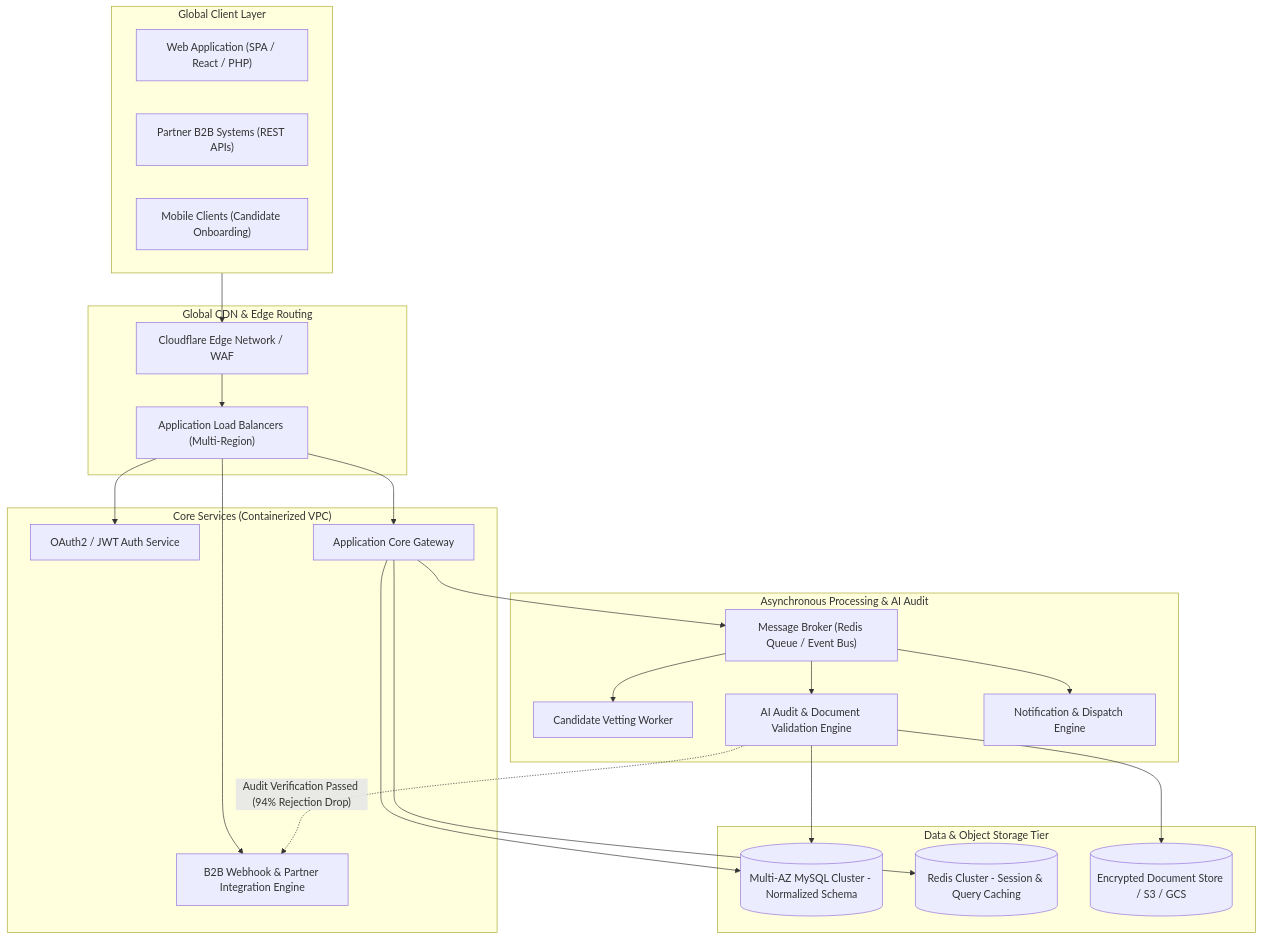
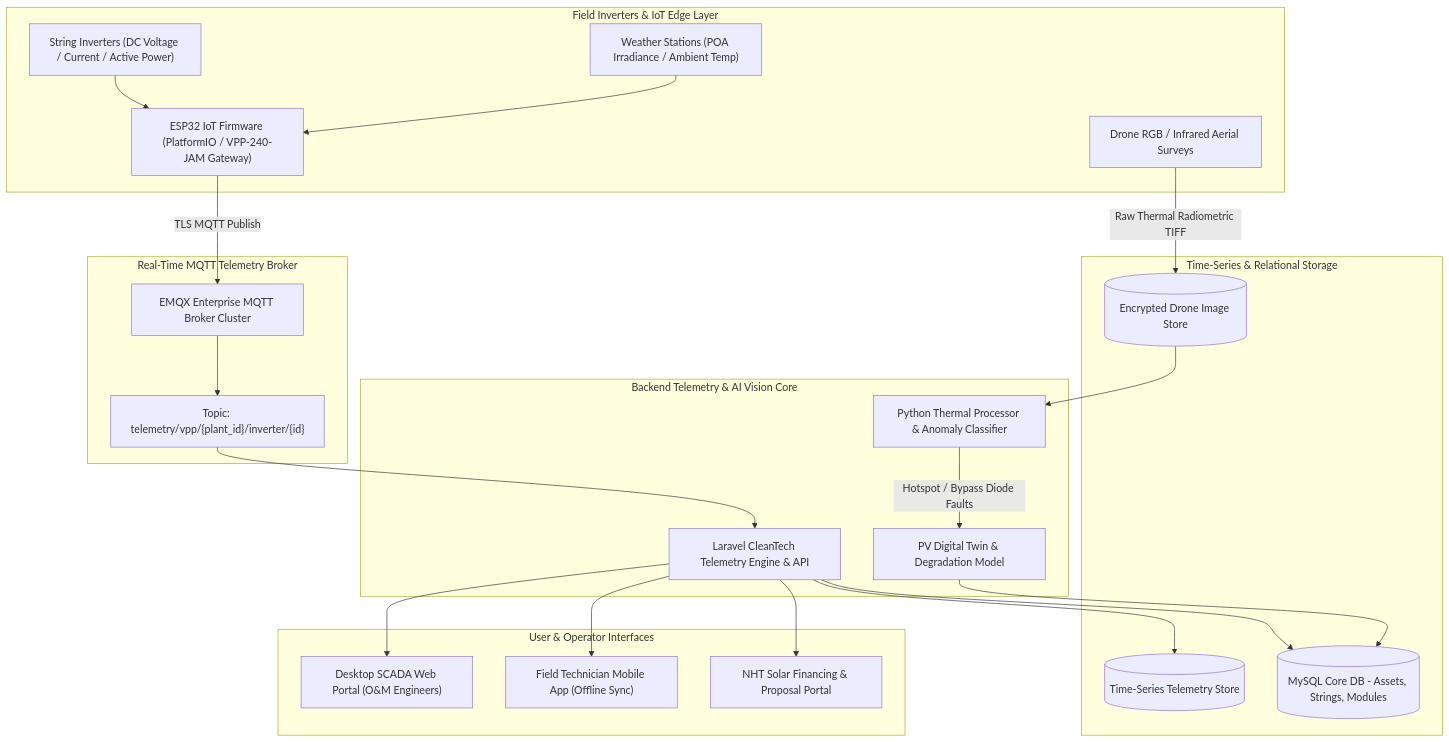
Before and after one commit to norval101/portfolio-demos: the first of 9 diagrams in README.md, drawn with Mermaid. The commit also changed other lines of this file and 22 other files, not shown here.

Commit message:
feat: expand architecture gallery across 9 enterprise systems and add 3 functional sandboxes

````diff
--- a/README.md
+++ b/README.md
@@ -60,50 +77,50 @@
 ```mermaid
 flowchart TD
-    subgraph Clients["Global Client Layer"]
-        A1["Web Application (SPA / React / PHP)"]
-        A2["Partner B2B Systems (REST APIs)"]
-        A3["Mobile Clients (Candidate Onboarding)"]
+    subgraph EdgeSensors["Field Inverters & IoT Edge Layer"]
+        S1["String Inverters (DC Voltage / Current / Active Power)"]
+        S2["Weather Stations (POA Irradiance / Ambient Temp)"]
+        ESP["ESP32 IoT Firmware (PlatformIO / VPP-240-JAM Gateway)"]
+        DRONE["Drone RGB / Infrared Aerial Surveys"]
     end
 
-    subgraph Edge["Global CDN & Edge Routing"]
-        CF["Cloudflare Edge Network / WAF"]
-        ALB["Application Load Balancers (Multi-Region)"]
+    subgraph MessageBroker["Real-Time MQTT Telemetry Broker"]
+        EMQX["EMQX Enterprise MQTT Broker Cluster"]
+        TOPIC["Topic: telemetry/vpp/{plant_id}/inverter/{id}"]
     end
 
-    subgraph AppCluster["Core Services (Containerized VPC)"]
-        SVC_AUTH["OAuth2 / JWT Auth Service"]
-        SVC_APP["Application Core Gateway"]
-        SVC_PARTNER["B2B Webhook & Partner Integration Engine"]
+    subgraph ProcessingCluster["Backend Telemetry & AI Vision Core"]
+        LARAVEL["Laravel CleanTech Telemetry Engine & API"]
+        THERMAL["Python Thermal Processor & Anomaly Classifier"]
+        DIGITAL_TWIN["PV Digital Twin & Degradation Model"]
     end
 
-    subgraph AsyncPipeline["Asynchronous Processing & AI Audit"]
-        Q["Message Broker (Redis Queue / Event Bus)"]
-        W1["Candidate Vetting Worker"]
-        W2["AI Audit & Document Validation Engine"]
-        W3["Notification & Dispatch Engine"]
+    subgraph Storage["Time-Series & Relational Storage"]
+        TS[(Time-Series Telemetry Store)]
+        DB[(MySQL Core DB - Assets, Strings, Modules)]
+        S3[(Encrypted Drone Image Store)]
     end
 
-    subgraph Persistence["Data & Object Storage Tier"]
-        DB[(Multi-AZ MySQL Cluster - Normalized Schema)]
-        CACHE[(Redis Cluster - Session & Query Caching)]
-        S3[(Encrypted Document Store / S3 / GCS)]
+    subgraph Presentation["User & Operator Interfaces"]
+        WEB["Desktop SCADA Web Portal (O&M Engineers)"]
+        MOB["Field Technician Mobile App (Offline Sync)"]
+        FIN["NHT Solar Financing & Proposal Portal"]
     end
 
-    Clients --> CF
-    CF --> ALB
-    ALB --> SVC_AUTH
-    ALB --> SVC_APP
-    ALB --> SVC_PARTNER
+    S1 --> ESP
+    S2 --> ESP
+    ESP -->|TLS MQTT Publish| EMQX
+    DRONE -->|Raw Thermal Radiometric TIFF| S3
+    
+    EMQX --> TOPIC
+    TOPIC --> LARAVEL
+    LARAVEL --> TS
+    LARAVEL --> DB
+    
+    S3 --> THERMAL
+    THERMAL -->|Hotspot / Bypass Diode Faults| DIGITAL_TWIN
+    DIGITAL_TWIN --> DB
 
-    SVC_APP --> CACHE
-    SVC_APP --> DB
-    SVC_APP --> Q
-
-    Q --> W1
-    Q --> W2
-    Q --> W3
-
-    W2 --> S3
-    W2 --> DB
-    W2 -.->|"Audit Verification Passed (94% Rejection Drop)"| SVC_PARTNER
+    LARAVEL --> WEB
+    LARAVEL --> MOB
+    LARAVEL --> FIN
 ```
````
